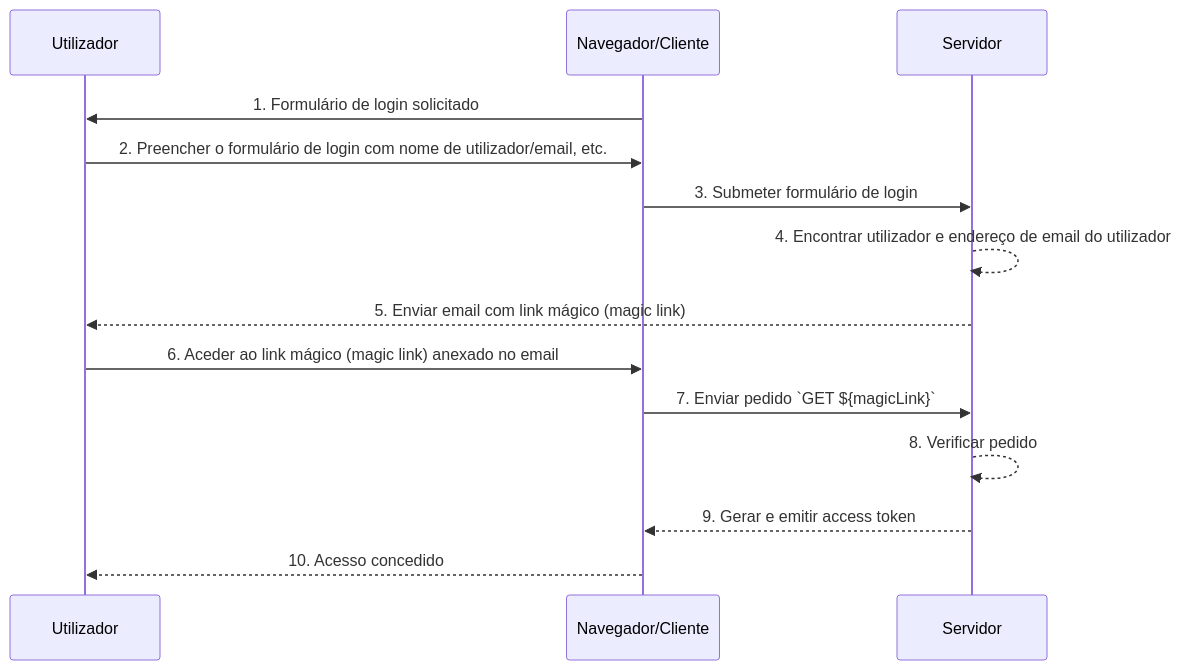
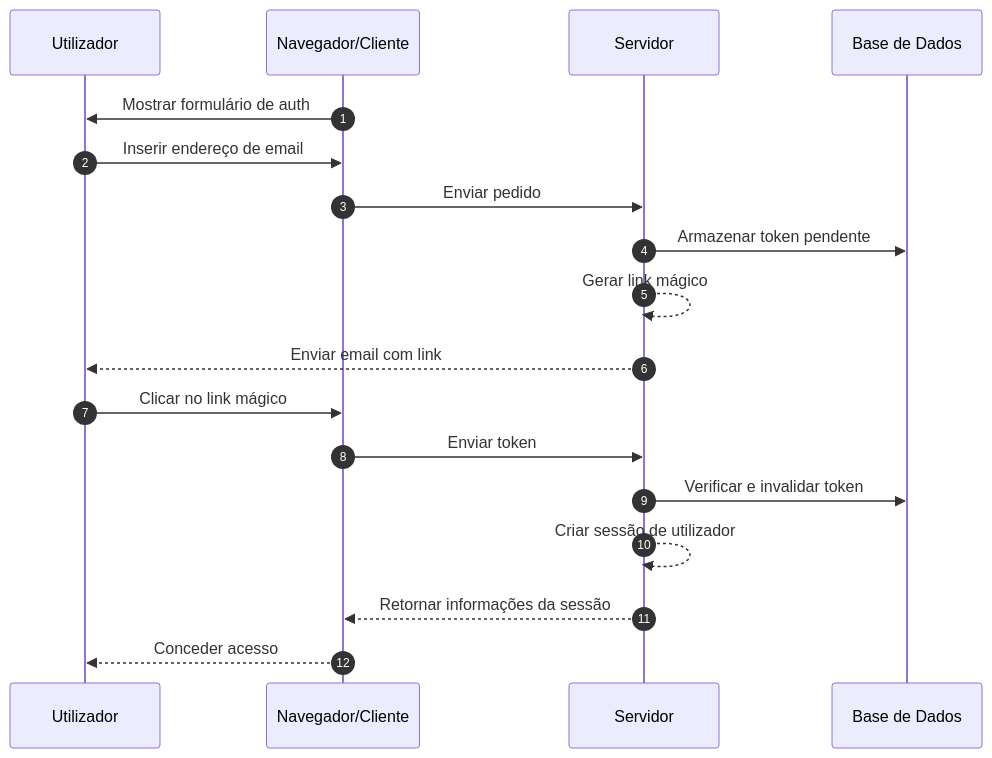
The first of 2 diagrams in src/content/terms/pt-pt/magic-link.mdx (logto-io/auth-wiki), drawn with Mermaid before and after one commit. The commit also changed other lines of this file and 95 other files, not shown here.

````diff
--- a/src/content/terms/pt-pt/magic-link.mdx
+++ b/src/content/terms/pt-pt/magic-link.mdx
@@ -31,16 +17,20 @@
 ```mermaid
 sequenceDiagram
+    autonumber
     participant U as Utilizador
     participant B as Navegador/Cliente
     participant S as Servidor
-    B->>U: 1. Formulário de login solicitado
-    U->>B: 2. Preencher o formulário de login com nome de utilizador/email, etc.
-    B->>S: 3. Submeter formulário de login
-    S-->>S: 4. Encontrar utilizador e endereço de email do utilizador
-    S-->>U: 5. Enviar email com link mágico (magic link)
-    U->>B: 6. Aceder ao link mágico (magic link) anexado no email
-    B->>S: 7. Enviar pedido `GET ${magicLink}`
-    S-->>S: 8. Verificar pedido
-    S-->>B: 9. Gerar e emitir access token
-    B-->>U: 10. Acesso concedido
+    participant D as Base de Dados
+    B->>U: Mostrar formulário de auth
+    U->>B: Inserir endereço de email
+    B->>S: Enviar pedido
+    S->>D: Armazenar token pendente
+    S-->>S: Gerar link mágico
+    S-->>U: Enviar email com link
+    U->>B: Clicar no link mágico
+    B->>S: Enviar token
+    S->>D: Verificar e invalidar token
+    S-->>S: Criar sessão de utilizador
+    S-->>B: Retornar informações da sessão
+    B-->>U: Conceder acesso
 ```
````
